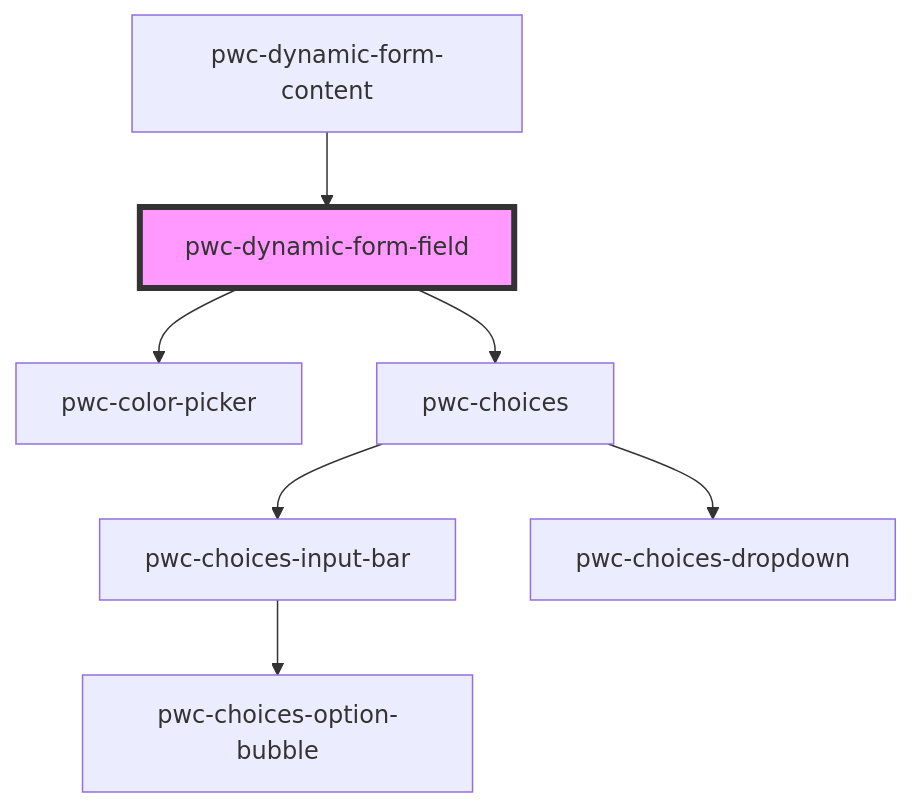
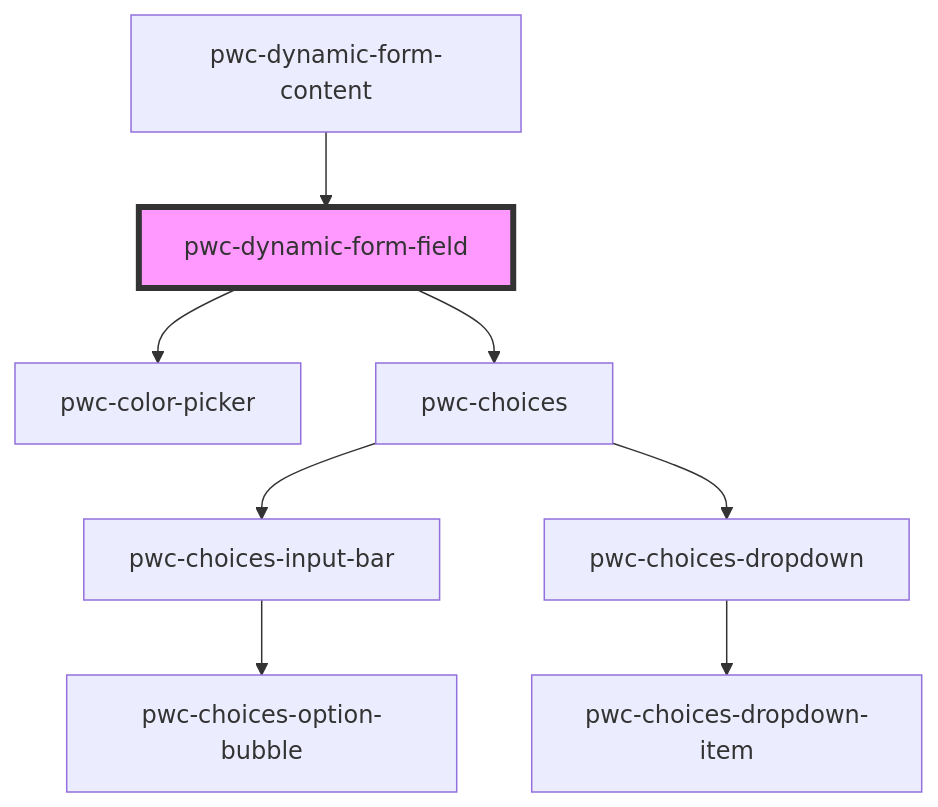
Before and after one commit to Paraboly/pwc-dynamic-form: the diagram in src/components/pwc-dynamic-form-field/readme.md, drawn with Mermaid. The commit also changed 3 other files, not shown here.

Commit message:
update pwc-choices version

````diff
--- a/src/components/pwc-dynamic-form-field/readme.md
+++ b/src/components/pwc-dynamic-form-field/readme.md
@@ -47,10 +47,11 @@
 ```mermaid
 graph TD;
   pwc-dynamic-form-field --> pwc-color-picker
   pwc-dynamic-form-field --> pwc-choices
   pwc-choices --> pwc-choices-input-bar
   pwc-choices --> pwc-choices-dropdown
   pwc-choices-input-bar --> pwc-choices-option-bubble
+  pwc-choices-dropdown --> pwc-choices-dropdown-item
   pwc-dynamic-form-content --> pwc-dynamic-form-field
   style pwc-dynamic-form-field fill:#f9f,stroke:#333,stroke-width:4px
 ```
````
